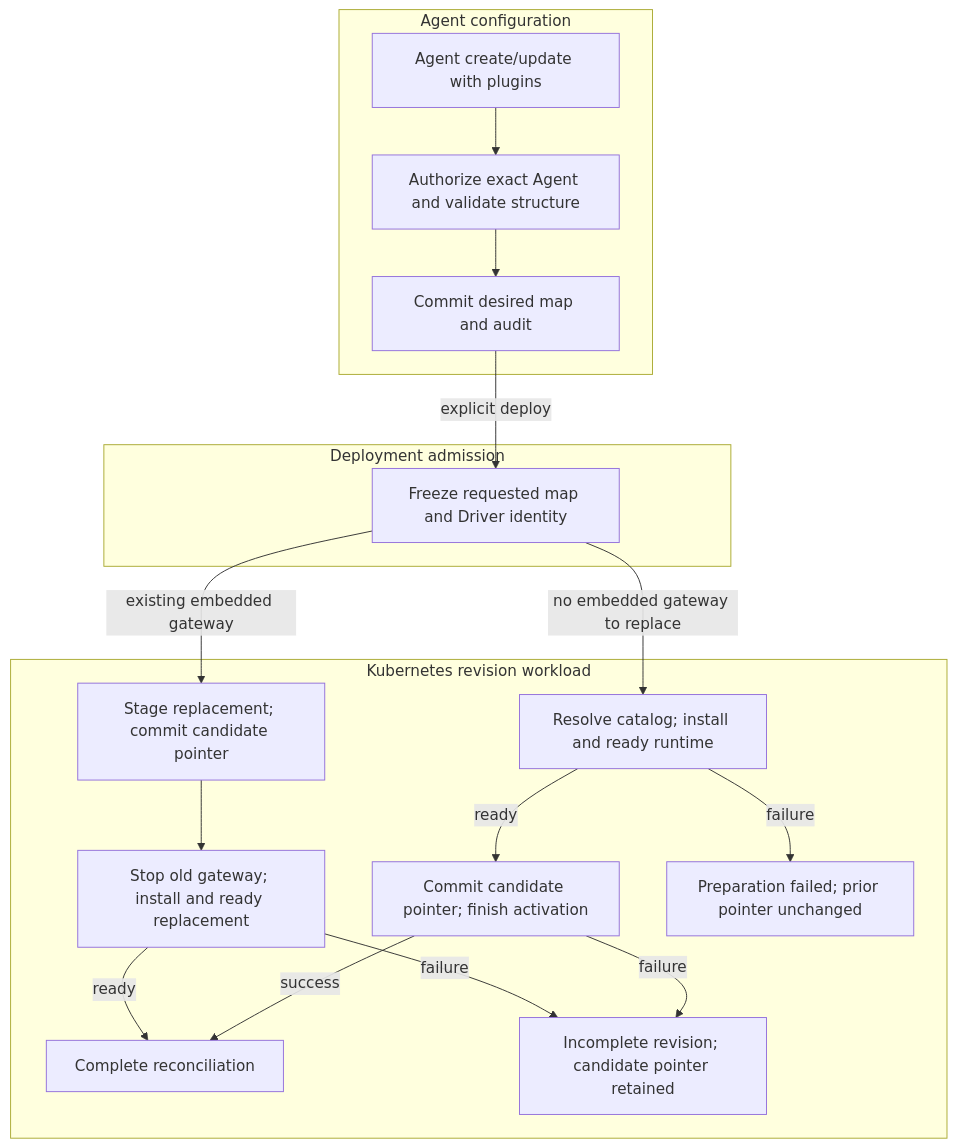
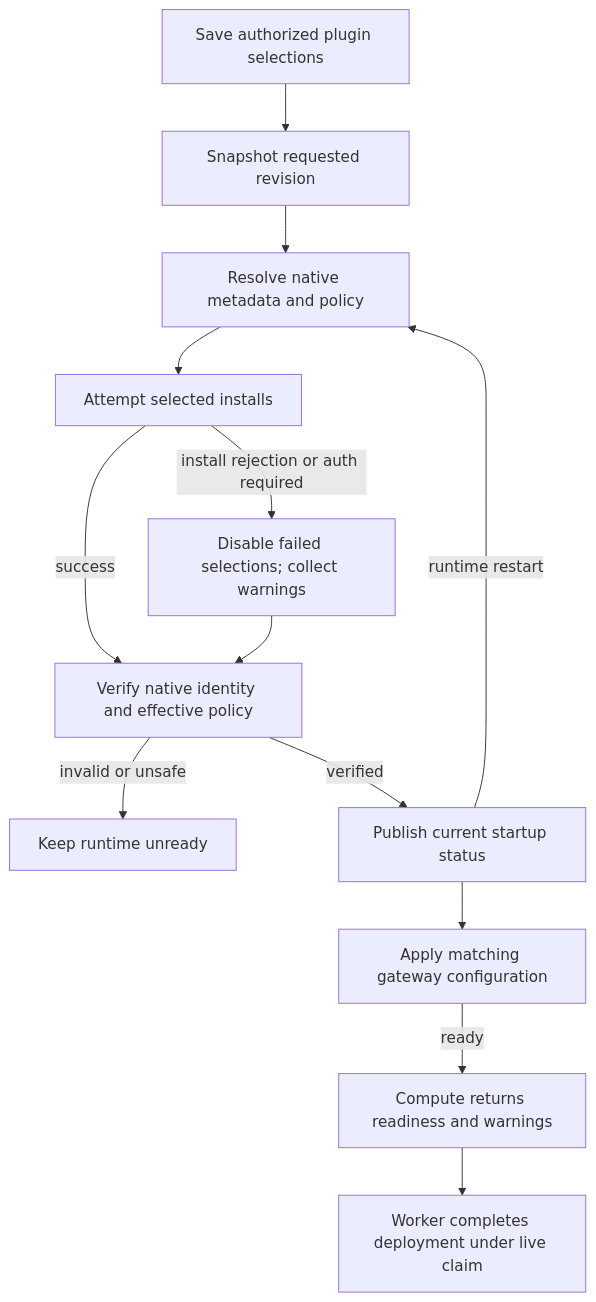
Before and after one commit to IsaiahStapleton/openclaw-enterprise: the diagram in docs/flows/agent-plugins.md, drawn with Mermaid. The commit also changed other lines of this file and 55 other files, not shown here.

````diff
--- a/docs/flows/agent-plugins.md
+++ b/docs/flows/agent-plugins.md
@@ -33,21 +33,15 @@
 ```mermaid
 graph TD
-  subgraph API["Agent configuration"]
-    A["Agent create/update with plugins"] --> B["Authorize exact Agent and validate structure"]
-    B --> C["Commit desired map and audit"]
-  end
-  subgraph OCC["Deployment admission"]
-    C -->|explicit deploy| D["Freeze requested map and Driver identity"]
-  end
-  subgraph Compute["Kubernetes revision workload"]
-    D -->|existing embedded gateway| R["Stage replacement; commit candidate pointer"]
-    R --> S["Stop old gateway; install and ready replacement"]
-    D -->|no embedded gateway to replace| F["Resolve catalog; install and ready runtime"]
-    F -->|ready| G["Commit candidate pointer; finish activation"]
-    F -->|failure| H["Preparation failed; prior pointer unchanged"]
-    S -->|ready| I["Complete reconciliation"]
-    G -->|success| I
-    S -->|failure| J["Incomplete revision; candidate pointer retained"]
-    G -->|failure| J
-  end
+  A["Save authorized plugin selections"] --> B["Snapshot requested revision"]
+  B --> C["Resolve native metadata and policy"]
+  C --> D["Attempt selected installs"]
+  D -->|install rejection or auth required| E["Disable failed selections; collect warnings"]
+  D -->|success| F["Verify native identity and effective policy"]
+  E --> F
+  F -->|invalid or unsafe| X["Keep runtime unready"]
+  F -->|verified| G["Publish current startup status"]
+  G --> H["Apply matching gateway configuration"]
+  H -->|ready| I["Compute returns readiness and warnings"]
+  I --> J["Worker completes deployment under live claim"]
+  G -->|runtime restart| C
 ```
````
